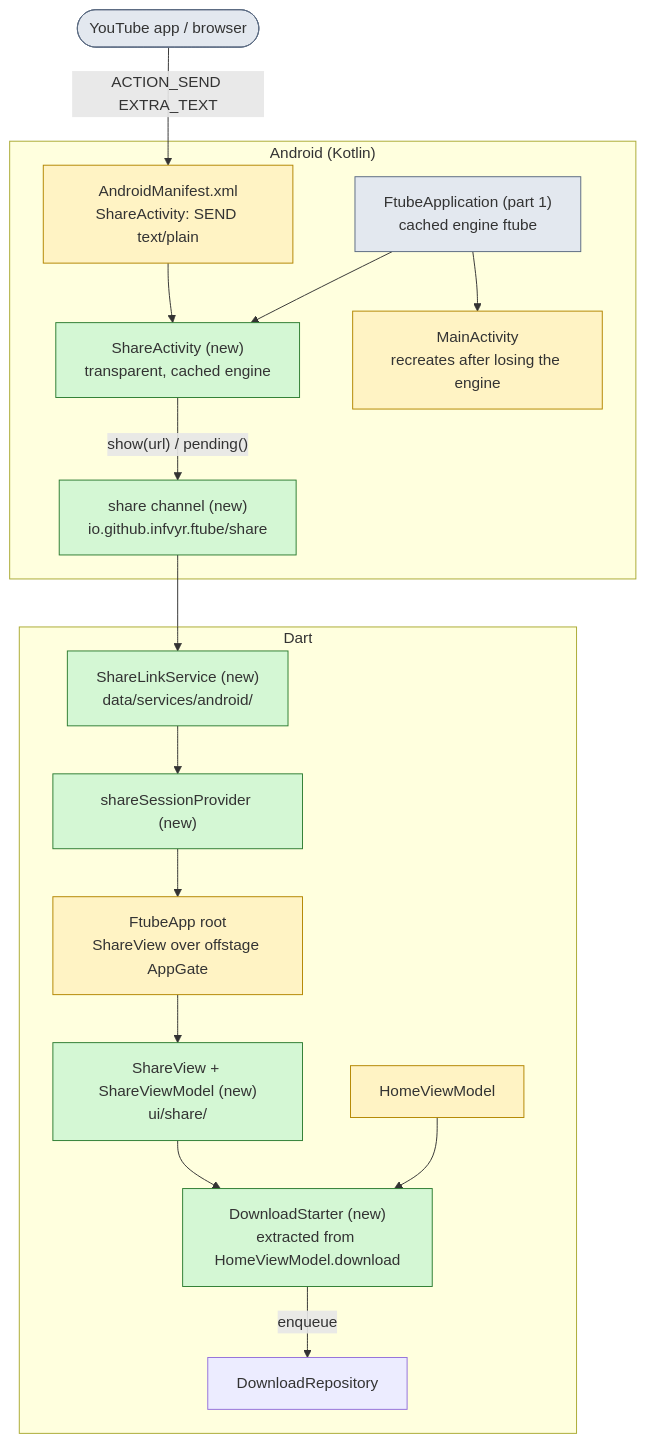
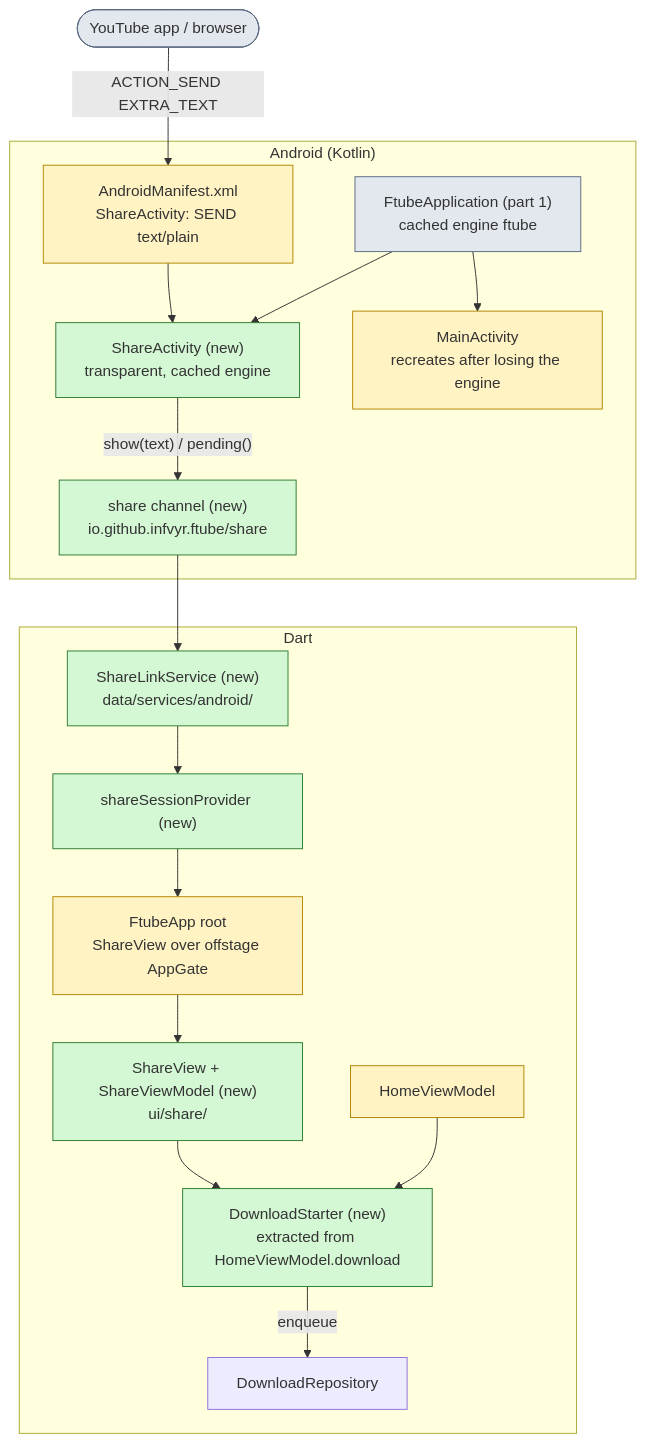
The first of 4 diagrams in docs/spec-v0.4-share.md (vasile-novatchii/ftube), drawn with Mermaid before and after one commit. The commit also changed other lines of this file and 29 other files, not shown here.

````diff
--- a/docs/spec-v0.4-share.md
+++ b/docs/spec-v0.4-share.md
@@ -21,33 +21,33 @@
 ```mermaid
 flowchart TD
   other([YouTube app / browser])
   subgraph native["Android (Kotlin)"]
     manifest["AndroidManifest.xml<br/>ShareActivity: SEND text/plain"]
     share["ShareActivity (new)<br/>transparent, cached engine"]
     main["MainActivity<br/>recreates after losing the engine"]
     appk["FtubeApplication (part 1)<br/>cached engine ftube"]
     chan["share channel (new)<br/>io.github.infvyr.ftube/share"]
   end
   subgraph dart["Dart"]
     svc["ShareLinkService (new)<br/>data/services/android/"]
     sess["shareSessionProvider (new)"]
     root["FtubeApp root<br/>ShareView over offstage AppGate"]
     view["ShareView + ShareViewModel (new)<br/>ui/share/"]
     starter["DownloadStarter (new)<br/>extracted from HomeViewModel.download"]
     home["HomeViewModel"]
     repo["DownloadRepository"]
   end
   other -->|"ACTION_SEND EXTRA_TEXT"| manifest --> share
   appk --> share
   appk --> main
-  share -->|"show(url) / pending()"| chan --> svc --> sess --> root --> view
+  share -->|"show(text) / pending()"| chan --> svc --> sess --> root --> view
   view --> starter
   home --> starter
   starter -->|enqueue| repo
   classDef new fill:#d4f7d4,stroke:#2e7d32
   classDef changed fill:#fff3c4,stroke:#b38600
   classDef ext fill:#e3e8ef,stroke:#5b6b82
   class share,chan,svc,sess,view,starter new
   class manifest,main,root,home changed
   class other,appk ext
 ```
````
